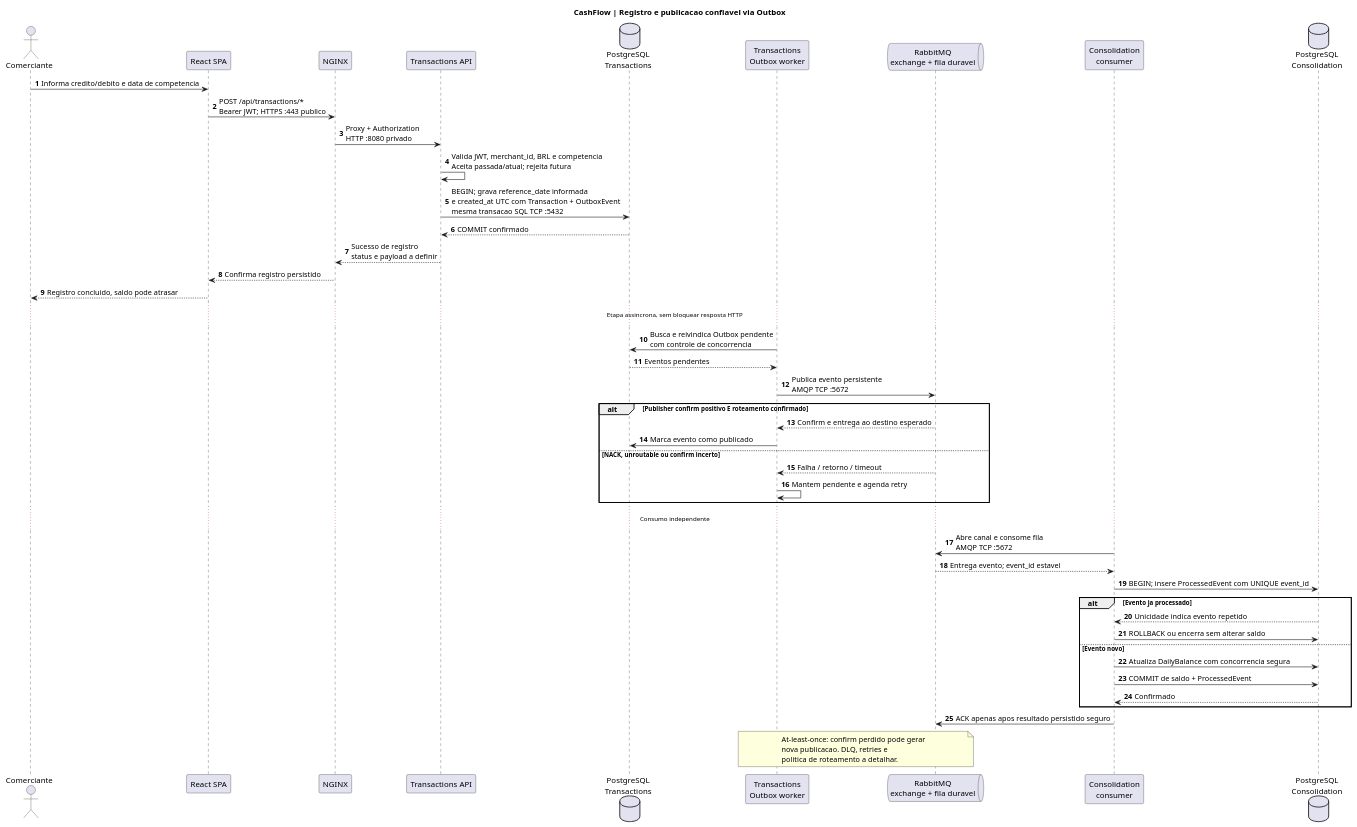
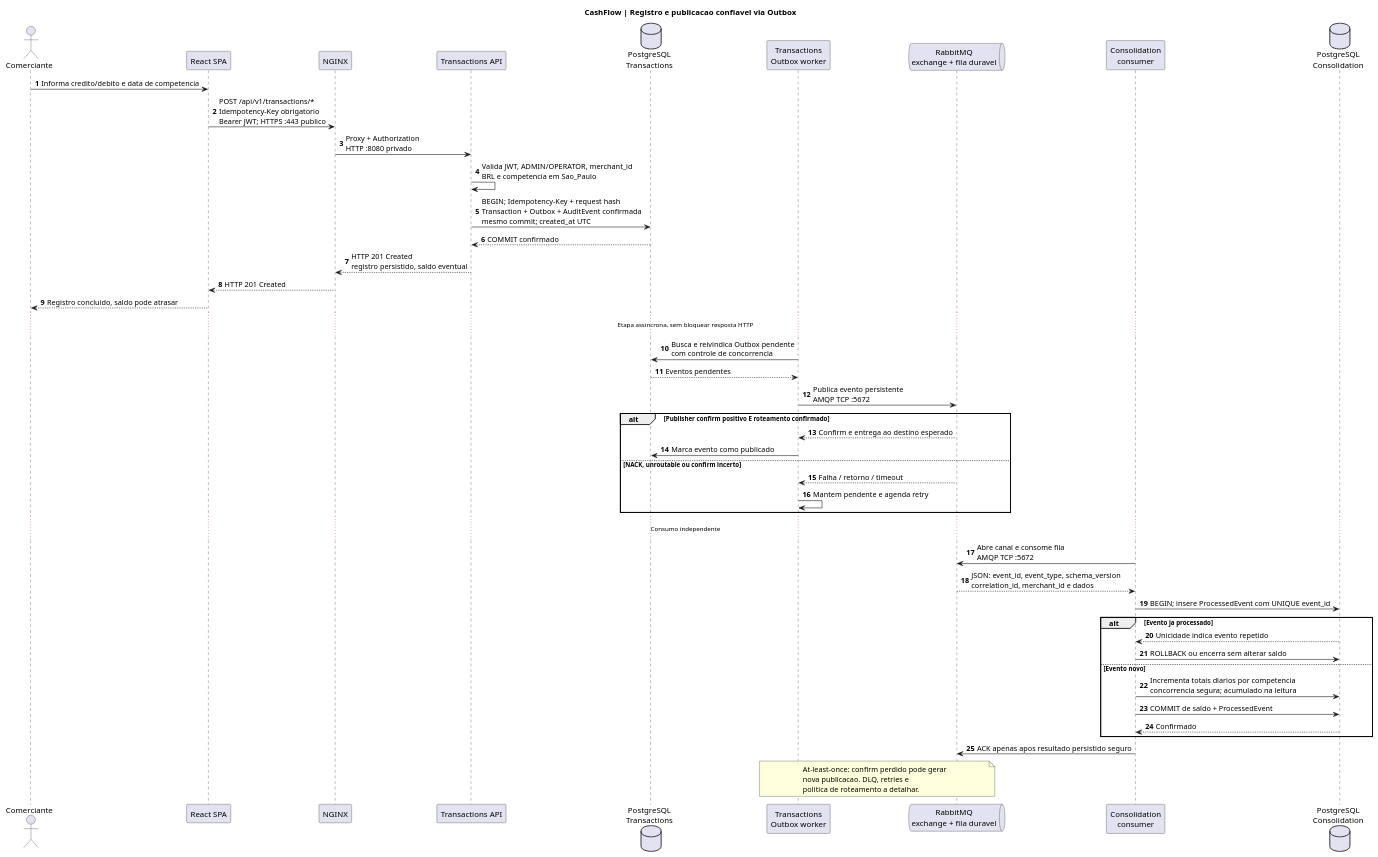
Before and after one commit to wolwerr/CashFlow-Architecture: the diagram in docs/architecture/plantuml/sequence-register.puml, drawn with PlantUML.

Commit message:
docs(mvp): align sequence diagrams to approved security, contracts and consistency

```diff
--- a/docs/architecture/plantuml/sequence-register.puml
+++ b/docs/architecture/plantuml/sequence-register.puml
@@ -1,53 +1,53 @@
 @startuml CashFlow_Register
 title CashFlow | Registro e publicacao confiavel via Outbox
 autonumber
 actor Comerciante as U
 participant "React SPA" as W
 participant "NGINX" as G
 participant "Transactions API" as API
 database "PostgreSQL\nTransactions" as DBT
 participant "Transactions\nOutbox worker" as OUT
 queue "RabbitMQ\nexchange + fila duravel" as MQ
 participant "Consolidation\nconsumer" as CON
 database "PostgreSQL\nConsolidation" as DBC
 
 U -> W: Informa credito/debito e data de competencia
-W -> G: POST /api/transactions/*\nBearer JWT; HTTPS :443 publico
+W -> G: POST /api/v1/transactions/*\nIdempotency-Key obrigatorio\nBearer JWT; HTTPS :443 publico
 G -> API: Proxy + Authorization\nHTTP :8080 privado
-API -> API: Valida JWT, merchant_id, BRL e competencia\nAceita passada/atual; rejeita futura
-API -> DBT: BEGIN; grava reference_date informada\ne created_at UTC com Transaction + OutboxEvent\nmesma transacao SQL TCP :5432
+API -> API: Valida JWT, ADMIN/OPERATOR, merchant_id\nBRL e competencia em Sao_Paulo
+API -> DBT: BEGIN; Idempotency-Key + request hash\nTransaction + Outbox + AuditEvent confirmada\nmesmo commit; created_at UTC
 DBT --> API: COMMIT confirmado
-API --> G: Sucesso de registro\nstatus e payload a definir
-G --> W: Confirma registro persistido
+API --> G: HTTP 201 Created\nregistro persistido, saldo eventual
+G --> W: HTTP 201 Created
 W --> U: Registro concluido, saldo pode atrasar
 
 ... Etapa assincrona, sem bloquear resposta HTTP ...
 OUT -> DBT: Busca e reivindica Outbox pendente\ncom controle de concorrencia
 DBT --> OUT: Eventos pendentes
 OUT -> MQ: Publica evento persistente\nAMQP TCP :5672
 alt Publisher confirm positivo E roteamento confirmado
   MQ --> OUT: Confirm e entrega ao destino esperado
   OUT -> DBT: Marca evento como publicado
 else NACK, unroutable ou confirm incerto
   MQ --> OUT: Falha / retorno / timeout
   OUT -> OUT: Mantem pendente e agenda retry
 end
 ... Consumo independente ...
 CON -> MQ: Abre canal e consome fila\nAMQP TCP :5672
-MQ --> CON: Entrega evento; event_id estavel
+MQ --> CON: JSON: event_id, event_type, schema_version\ncorrelation_id, merchant_id e dados
 CON -> DBC: BEGIN; insere ProcessedEvent com UNIQUE event_id
 alt Evento ja processado
   DBC --> CON: Unicidade indica evento repetido
   CON -> DBC: ROLLBACK ou encerra sem alterar saldo
 else Evento novo
-  CON -> DBC: Atualiza DailyBalance com concorrencia segura
+  CON -> DBC: Incrementa totais diarios por competencia\nconcorrencia segura; acumulado na leitura
   CON -> DBC: COMMIT de saldo + ProcessedEvent
   DBC --> CON: Confirmado
 end
 CON -> MQ: ACK apenas apos resultado persistido seguro
 note over OUT,MQ
 At-least-once: confirm perdido pode gerar
 nova publicacao. DLQ, retries e
 politica de roteamento a detalhar.
 end note
 @enduml
```
